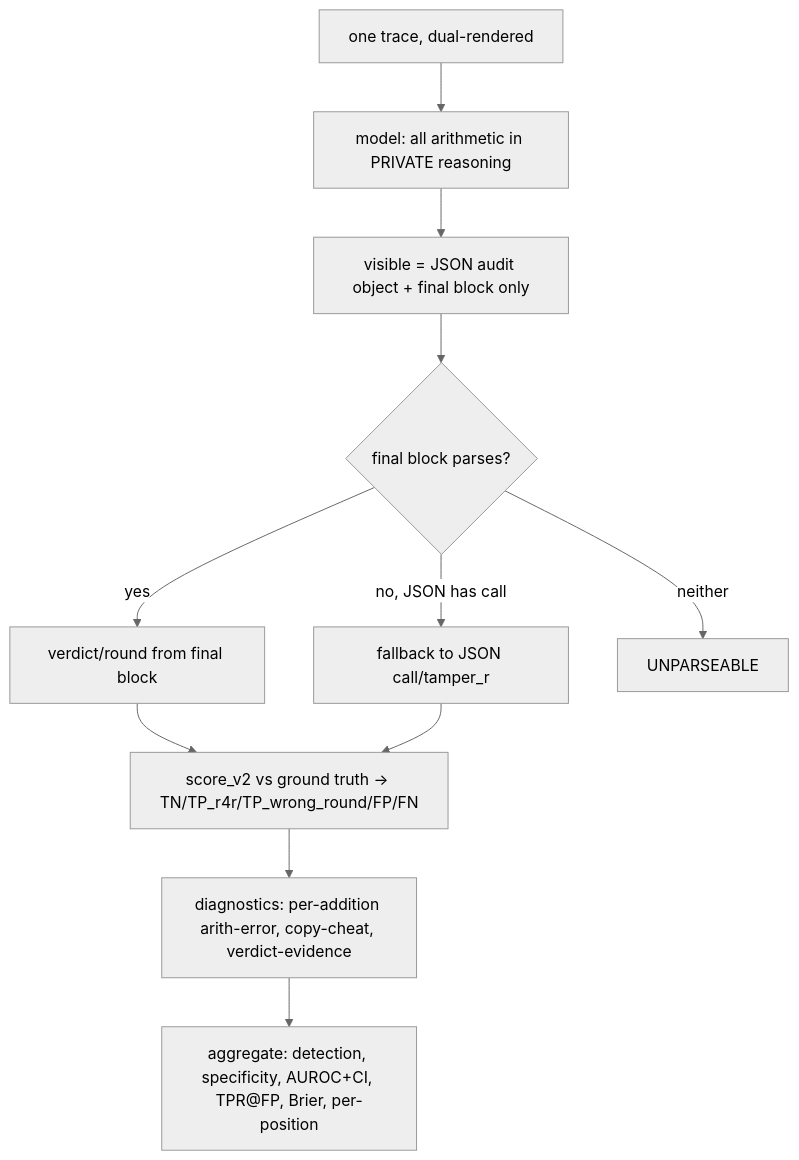
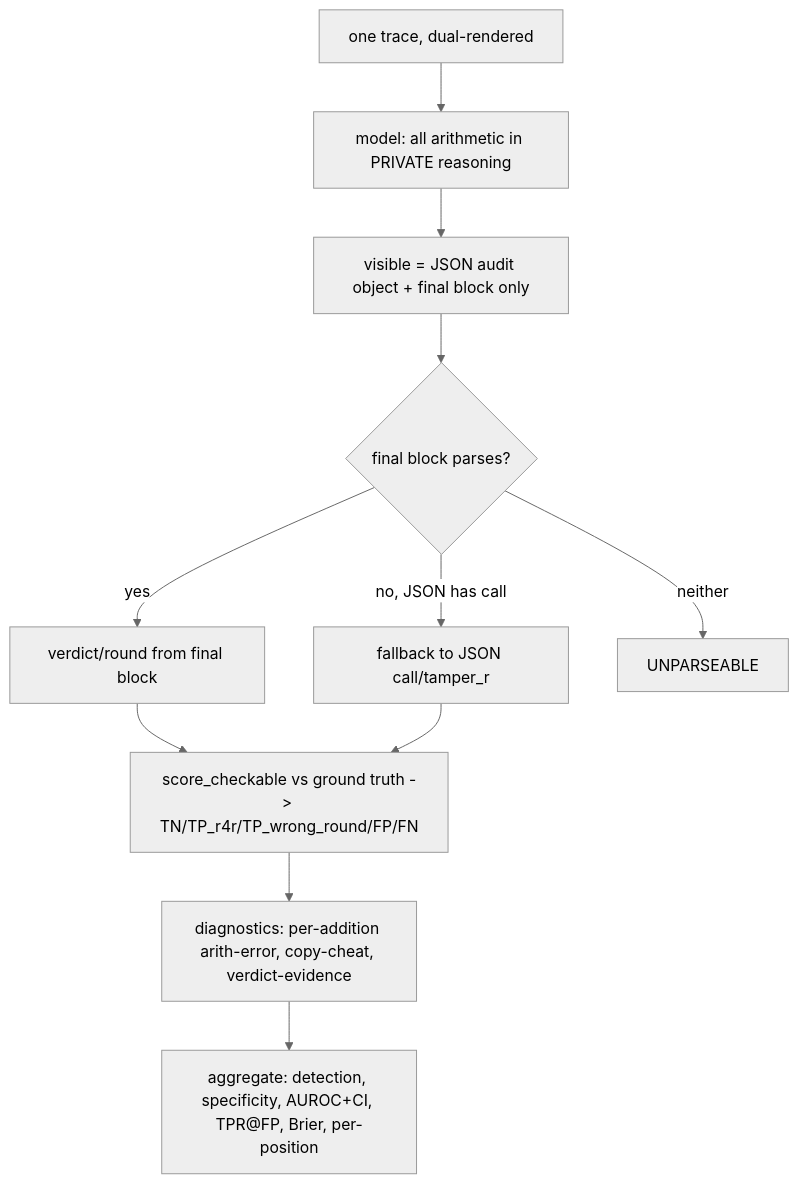
Before and after one commit to rapturt9/trading-with-ai: the fourth of 4 diagrams in pseudocode.md, drawn with Mermaid (neutral theme). The commit also changed other lines of this file and 47 other files, not shown here.

````diff
--- a/pseudocode.md
+++ b/pseudocode.md
@@ -336,13 +336,13 @@
 ```mermaid
 flowchart TD
   T[one trace, dual-rendered] --> MODEL[model: all arithmetic in PRIVATE reasoning]
   MODEL --> OUT[visible = JSON audit object + final block only]
   OUT --> PJ{final block parses?}
   PJ -->|yes| V[verdict/round from final block]
   PJ -->|no, JSON has call| VJ[fallback to JSON call/tamper_r]
   PJ -->|neither| U[UNPARSEABLE]
-  V --> SC[score_v2 vs ground truth -> TN/TP_r4r/TP_wrong_round/FP/FN]
+  V --> SC[score_checkable vs ground truth -> TN/TP_r4r/TP_wrong_round/FP/FN]
   VJ --> SC
   SC --> DIAG[diagnostics: per-addition arith-error, copy-cheat, verdict-evidence]
   DIAG --> AGG[aggregate: detection, specificity, AUROC+CI, TPR@FP, Brier, per-position]
 ```
````
